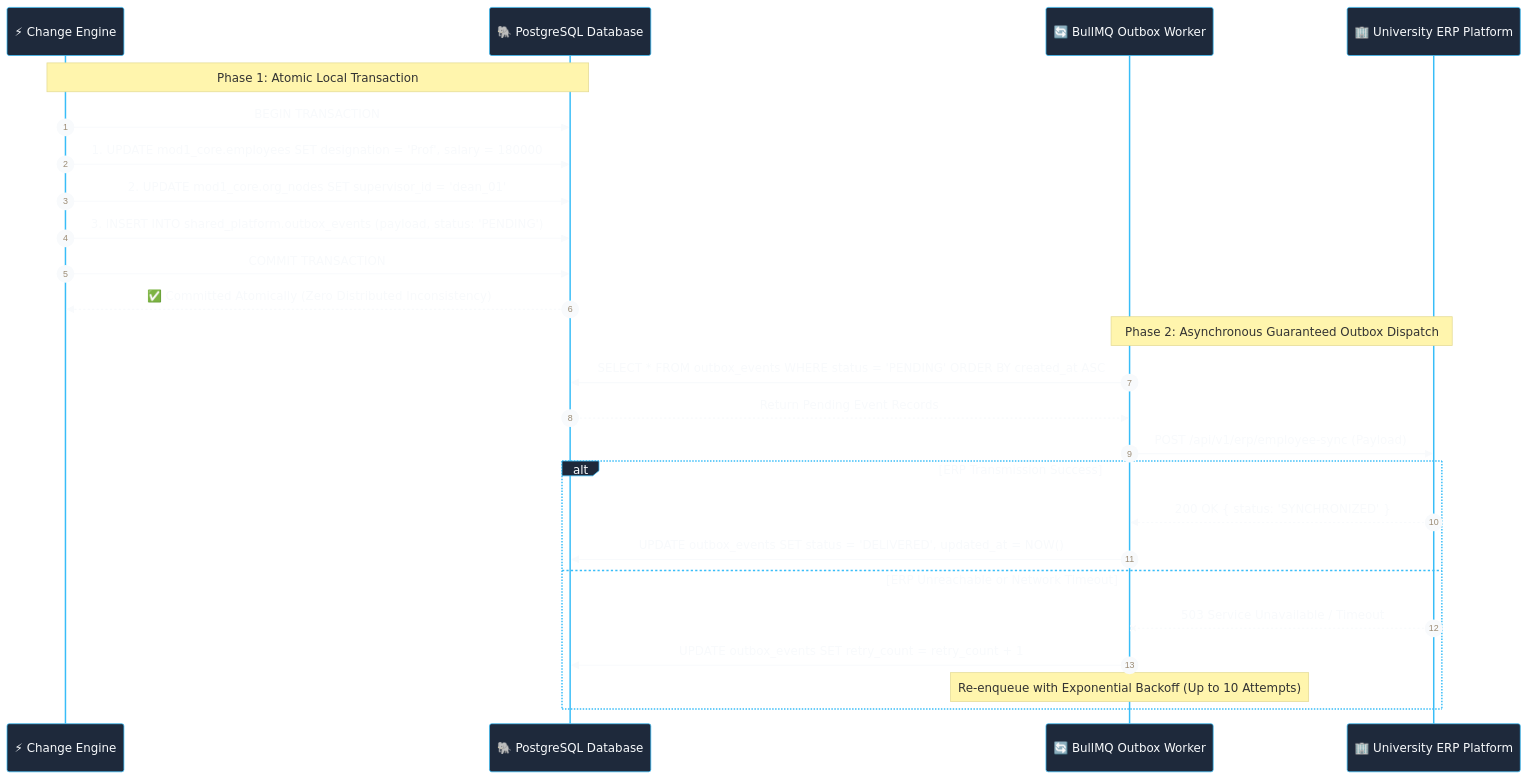
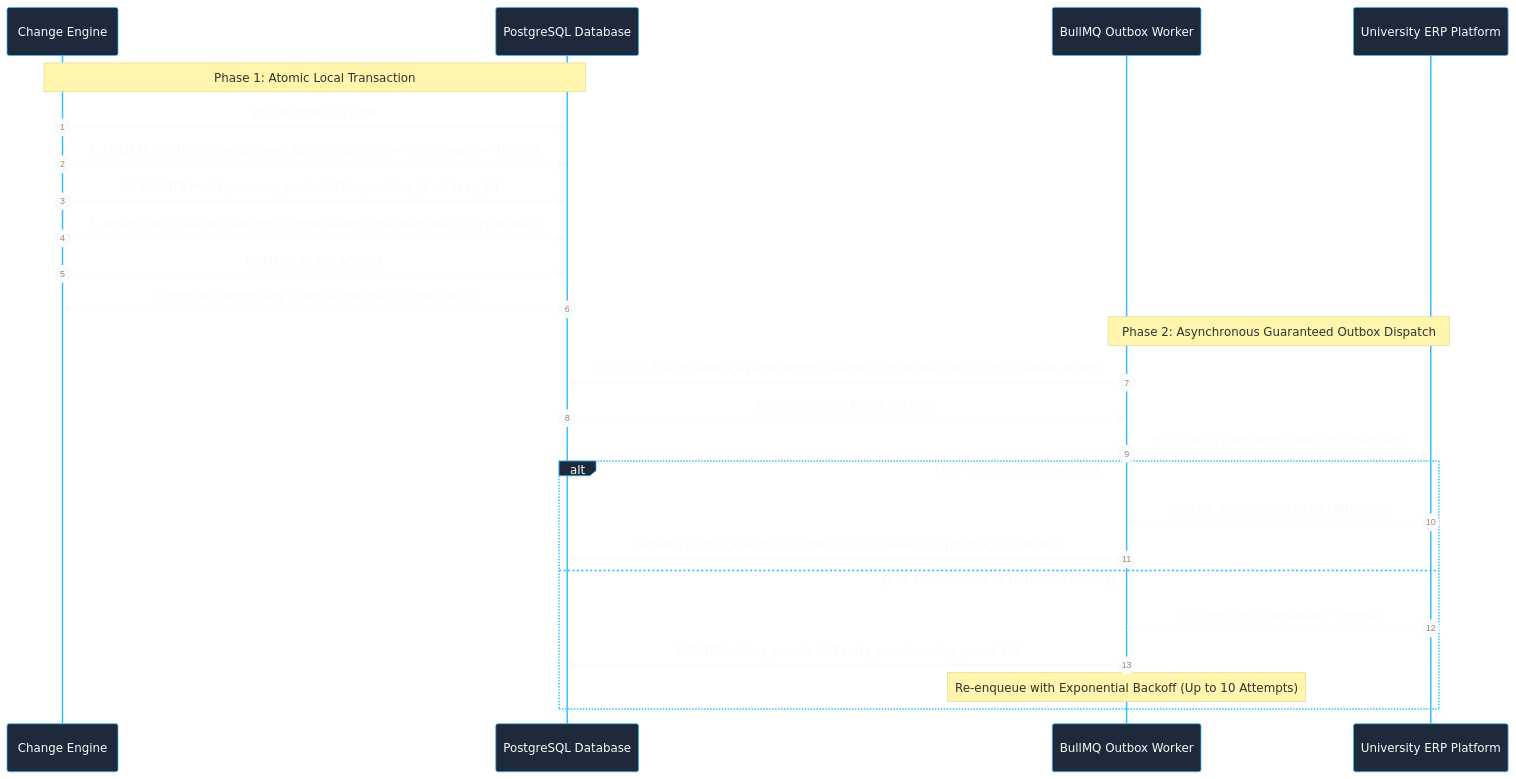
One commit to Aditya11o/HR-CHANGE-MANAGEMENT-SYSTEM changed the third of 3 diagrams in docs/04-system-architecture/01-SYSTEM-ARCHITECTURE-SPECIFICATION.md. Above: the diagram before and after it, drawn with Mermaid. The commit also changed other lines of this file and 8 other files, not shown here.

Commit message:
docs: add system architecture, test strategy, deployment guide, and requirements specifications

````diff
--- a/docs/04-system-architecture/01-SYSTEM-ARCHITECTURE-SPECIFICATION.md
+++ b/docs/04-system-architecture/01-SYSTEM-ARCHITECTURE-SPECIFICATION.md
@@ -188,30 +188,30 @@
 ```mermaid
 %%{init: {'theme': 'base', 'themeVariables': { 'primaryColor': '#1e293b', 'primaryTextColor': '#f8fafc', 'primaryBorderColor': '#38bdf8', 'lineColor': '#64748b'}}}%%
 sequenceDiagram
     autonumber
-    participant App as ⚡ Change Engine
-    participant DB as 🐘 PostgreSQL Database
-    participant Worker as 🔄 BullMQ Outbox Worker
-    participant ERP as 🏢 University ERP Platform
+    participant App as Change Engine
+    participant DB as PostgreSQL Database
+    participant Worker as BullMQ Outbox Worker
+    participant ERP as University ERP Platform
 
     Note over App, DB: Phase 1: Atomic Local Transaction
     App->>DB: BEGIN TRANSACTION
     App->>DB: 1. UPDATE mod1_core.employees SET designation = 'Prof', salary = 180000
     App->>DB: 2. UPDATE mod1_core.org_nodes SET supervisor_id = 'dean_01'
     App->>DB: 3. INSERT INTO shared_platform.outbox_events (payload, status: 'PENDING')
     App->>DB: COMMIT TRANSACTION
-    DB-->>App: ✅ Committed Atomically (Zero Distributed Inconsistency)
+    DB-->>App: Committed Atomically (Zero Distributed Inconsistency)
 
     Note over Worker, ERP: Phase 2: Asynchronous Guaranteed Outbox Dispatch
     Worker->>DB: SELECT * FROM outbox_events WHERE status = 'PENDING' ORDER BY created_at ASC
     DB-->>Worker: Return Pending Event Records
     Worker->>ERP: POST /api/v1/erp/employee-sync (Payload)
     alt ERP Transmission Success
         ERP-->>Worker: 200 OK { status: 'SYNCHRONIZED' }
         Worker->>DB: UPDATE outbox_events SET status = 'DELIVERED', updated_at = NOW()
     else ERP Unreachable or Network Timeout
         ERP--xWorker: 503 Service Unavailable / Timeout
         Worker->>DB: UPDATE outbox_events SET retry_count = retry_count + 1
         Note over Worker: Re-enqueue with Exponential Backoff (Up to 10 Attempts)
     end
 ```
````
